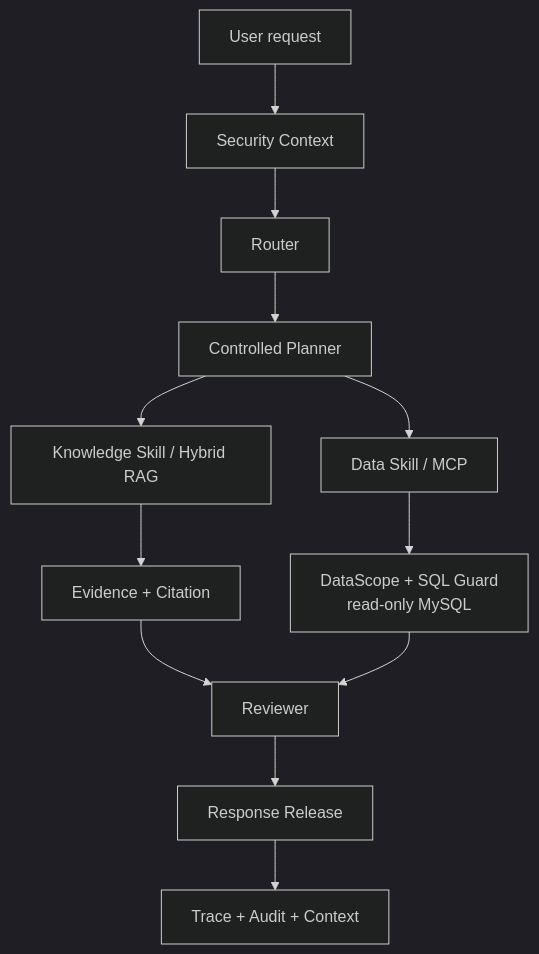
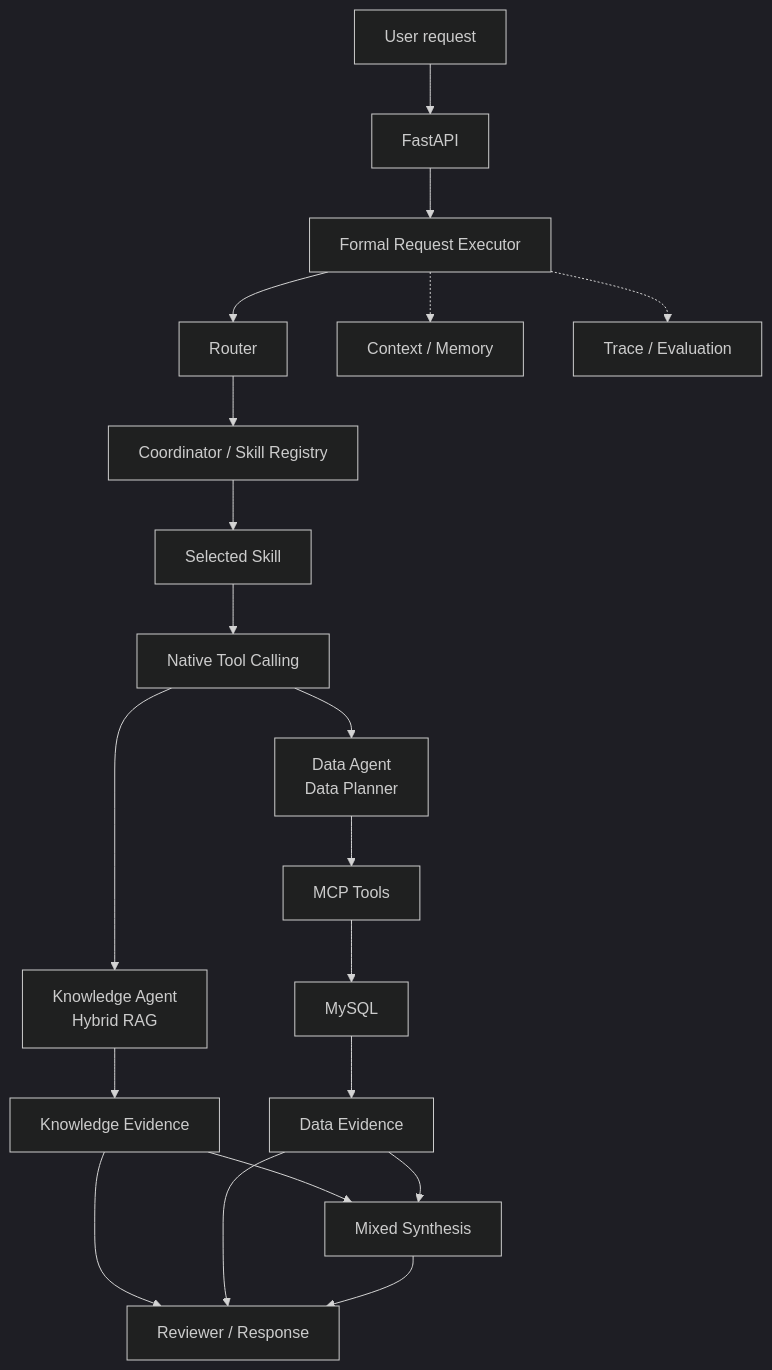
One commit to ccy777/Enterprise-Decision-Agent changed the diagram in README.md. Above: the diagram before and after it, drawn with Mermaid (dark theme). The commit also changed other lines of this file, not shown here.

Commit message:
docs: align README with agent resume positioning

````diff
--- a/README.md
+++ b/README.md
@@ -58,14 +57,22 @@
 ```mermaid
 flowchart TD
-    U["User request"] --> S["Security Context"]
-    S --> R["Router"]
-    R --> P["Controlled Planner"]
-    P --> K["Knowledge Skill / Hybrid RAG"]
-    P --> D["Data Skill / MCP"]
-    K --> E["Evidence + Citation"]
-    D --> G["DataScope + SQL Guard\nread-only MySQL"]
-    E --> V["Reviewer"]
-    G --> V
-    V --> L["Response Release"]
-    L --> A["Trace + Audit + Context"]
+    U["User request"] --> API["FastAPI"]
+    API --> X["Formal Request Executor"]
+    X --> R["Router"]
+    R --> C["Coordinator / Skill Registry"]
+    C --> S["Selected Skill"]
+    S --> T["Native Tool Calling"]
+    T --> K["Knowledge Agent\nHybrid RAG"]
+    T --> D["Data Agent\nData Planner"]
+    D --> MCP["MCP Tools"]
+    MCP --> DB["MySQL"]
+    K --> KE["Knowledge Evidence"]
+    DB --> DE["Data Evidence"]
+    KE --> M["Mixed Synthesis"]
+    DE --> M
+    KE --> V["Reviewer / Response"]
+    DE --> V
+    M --> V
+    X -.-> CM["Context / Memory"]
+    X -.-> O["Trace / Evaluation"]
 ```
````
